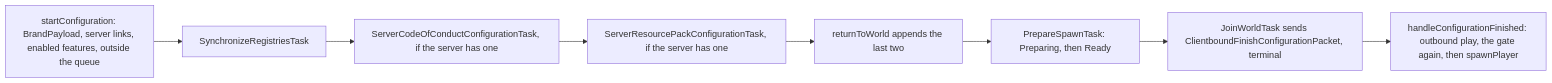
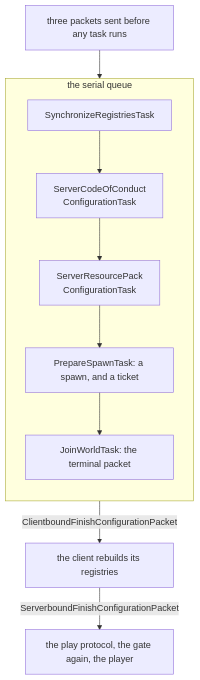
Before and after one commit to AlexanderjFraser/MinecraftDocs: the fourth of 4 diagrams in src/systems/networking/protocol-phases.md, drawn with Mermaid. The commit also changed other lines of this file and 11 other files, not shown here.

````diff
--- a/src/systems/networking/protocol-phases.md
+++ b/src/systems/networking/protocol-phases.md
@@ -253,10 +285,14 @@
 ```mermaid
-flowchart LR
-    S["startConfiguration: BrandPayload, server links, enabled features, outside the queue"] --> R["SynchronizeRegistriesTask"]
-    R --> C["ServerCodeOfConductConfigurationTask, if the server has one"]
-    C --> P["ServerResourcePackConfigurationTask, if the server has one"]
-    P --> W["returnToWorld appends the last two"]
-    W --> PS["PrepareSpawnTask: Preparing, then Ready"]
-    PS --> J["JoinWorldTask sends ClientboundFinishConfigurationPacket, terminal"]
-    J --> F["handleConfigurationFinished: outbound play, the gate again, then spawnPlayer"]
+flowchart TD
+    S["three packets sent before any task runs"]:::server
+    S --> Q
+    subgraph Q["the serial queue"]
+      direction TB
+      R["SynchronizeRegistriesTask"]:::server --> C["ServerCodeOfConduct<br/>ConfigurationTask"]:::server
+      C --> P["ServerResourcePack<br/>ConfigurationTask"]:::server
+      P --> PS["PrepareSpawnTask: a spawn, and a ticket"]:::server
+      PS --> J["JoinWorldTask: the terminal packet"]:::server
+    end
+    Q -- "ClientboundFinishConfigurationPacket" --> CL["the client rebuilds its registries"]:::client
+    CL -- "ServerboundFinishConfigurationPacket" --> F["the play protocol, the gate again, the player"]:::server
 ```
````
